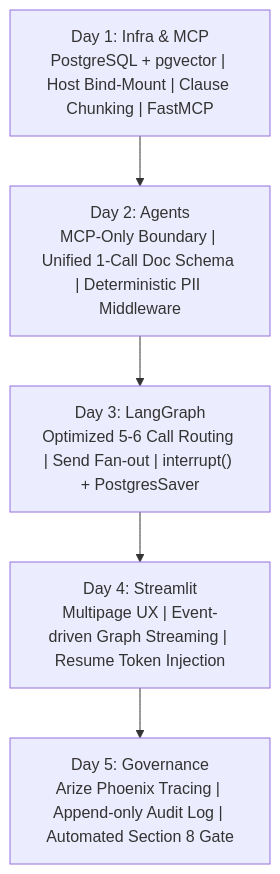
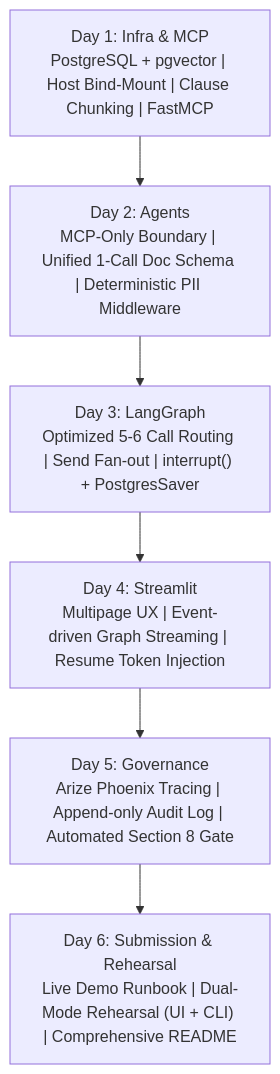
The first of 2 diagrams in docs/decisions.md (pariveshkurmi/intelligent-claims-agent), drawn with Mermaid before and after one commit. The commit also changed other lines of this file and 19 other files, not shown here.

Commit message:
refactor: restructure architecture documentation and add comprehensive multi-agent claims processing UI and backend modules

````diff
--- a/docs/decisions.md
+++ b/docs/decisions.md
@@ -9,10 +9,11 @@
 ```mermaid
 flowchart TD
     D1["Day 1: Infra & MCP<br>PostgreSQL + pgvector | Host Bind-Mount | Clause Chunking | FastMCP"]
     D2["Day 2: Agents<br>MCP-Only Boundary | Unified 1-Call Doc Schema | Deterministic PII Middleware"]
     D3["Day 3: LangGraph<br>Optimized 5-6 Call Routing | Send Fan-out | interrupt() + PostgresSaver"]
     D4["Day 4: Streamlit<br>Multipage UX | Event-driven Graph Streaming | Resume Token Injection"]
     D5["Day 5: Governance<br>Arize Phoenix Tracing | Append-only Audit Log | Automated Section 8 Gate"]
+    D6["Day 6: Submission & Rehearsal<br>Live Demo Runbook | Dual-Mode Rehearsal (UI + CLI) | Comprehensive README"]
 
-    D1 --> D2 --> D3 --> D4 --> D5
+    D1 --> D2 --> D3 --> D4 --> D5 --> D6
 ```
````
